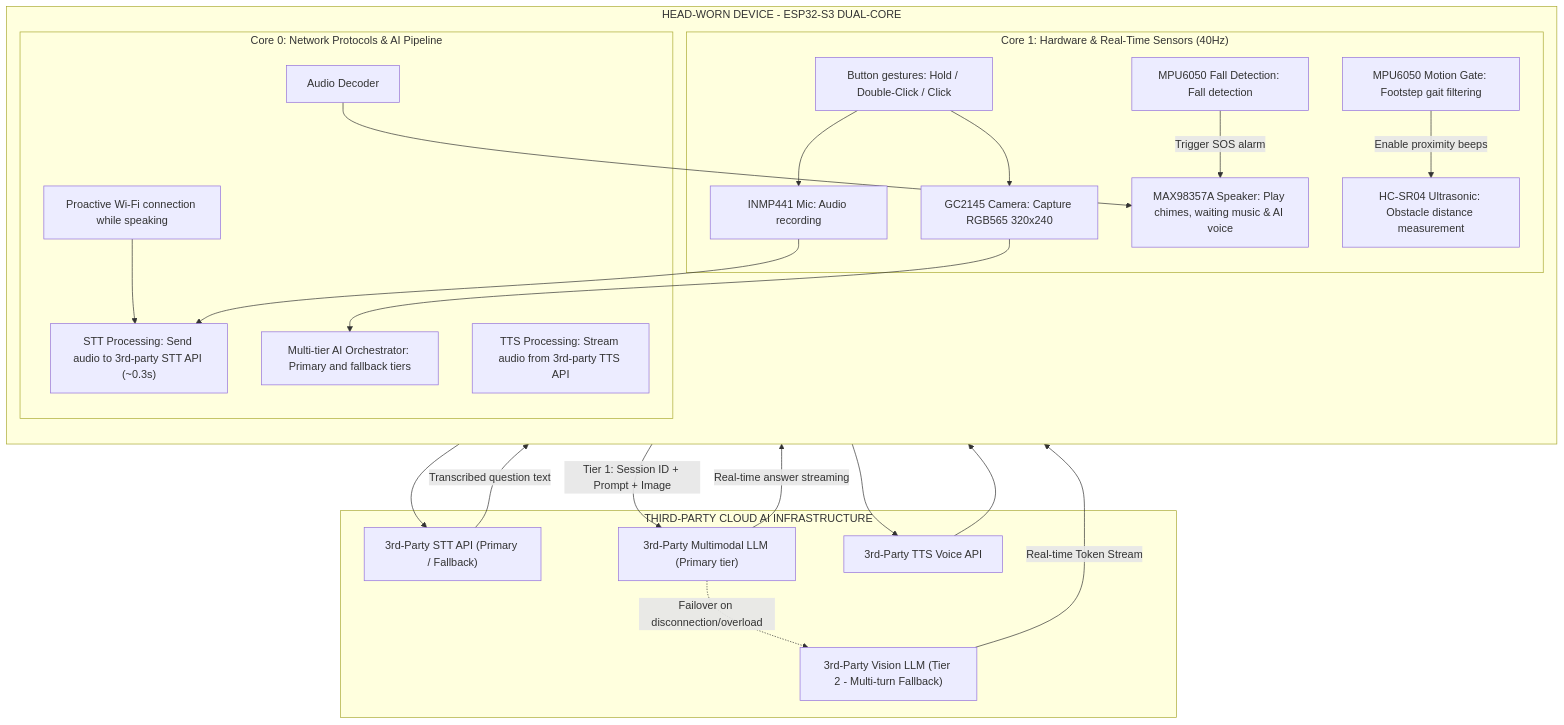
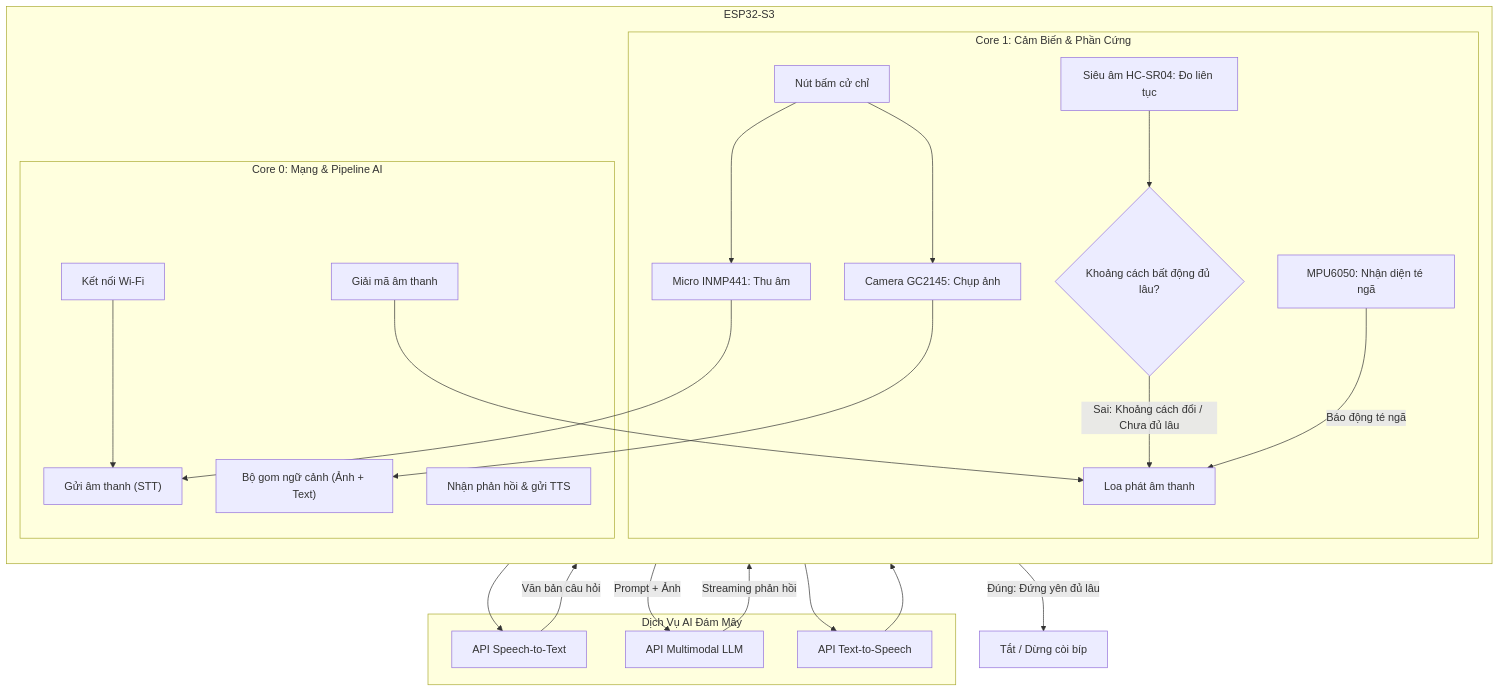
Before and after one commit to TomDevX/aegis-sight: the diagram in README.md, drawn with Mermaid. The commit also changed other lines of this file, not shown here.

First line of the commit message:
Translate flowchart descriptions to Vietnamese

````diff
--- a/README.md
+++ b/README.md
@@ -70,49 +68,48 @@
 ```mermaid
 ---
 config:
   layout: dagre
 ---
 flowchart TB
- subgraph C1["Core 1: Hardware & Real-Time Sensors (40Hz)"]
-        A1["Button gestures: Hold / Double-Click / Click"]
-        A2["INMP441 Mic: Audio recording"]
-        A3["GC2145 Camera: Capture RGB565 320x240"]
-        A4["MPU6050 Motion Gate: Footstep gait filtering"]
-        A5["HC-SR04 Ultrasonic: Obstacle distance measurement"]
-        A6["MPU6050 Fall Detection: Fall detection"]
-        A7["MAX98357A Speaker: Play chimes, waiting music & AI voice"]
+ subgraph C1["Core 1: Cảm Biến & Phần Cứng"]
+        A1["Nút bấm cử chỉ"]
+        A2["Micro INMP441: Thu âm"]
+        A3["Camera GC2145: Chụp ảnh"]
+        A5["Siêu âm HC-SR04: Đo liên tục"]
+        A5_CHECK{"Khoảng cách bất động đủ lâu?"}
+        A6["MPU6050: Nhận diện té ngã"]
+        A7["Loa phát âm thanh"]
   end
- subgraph C0["Core 0: Network Protocols & AI Pipeline"]
-        B1["Proactive Wi-Fi connection while speaking"]
-        B2["STT Processing: Send audio to 3rd-party STT API (~0.3s)"]
-        B3["Multi-tier AI Orchestrator: Primary and fallback tiers"]
-        B4["TTS Processing: Stream audio from 3rd-party TTS API"]
-        B5["Audio Decoder"]
+ subgraph C0["Core 0: Mạng & Pipeline AI"]
+        B1["Kết nối Wi-Fi"]
+        B2["Gửi âm thanh (STT)"]
+        B3["Bộ gom ngữ cảnh (Ảnh + Text)"]
+        B4["Nhận phản hồi & gửi TTS"]
+        B5["Giải mã âm thanh"]
   end
- subgraph S_EDGE["HEAD-WORN DEVICE - ESP32-S3 DUAL-CORE"]
+ subgraph S_EDGE["ESP32-S3"]
     direction TB
         C1
         C0
   end
- subgraph S_CLOUD["THIRD-PARTY CLOUD AI INFRASTRUCTURE"]
-        C_STT["3rd-Party STT API (Primary / Fallback)"]
-        C_LLM1["3rd-Party Multimodal LLM (Primary tier)"]
-        C_LLM2["3rd-Party Vision LLM (Tier 2 - Multi-turn Fallback)"]
-        C_TTS["3rd-Party TTS Voice API"]
+ subgraph S_CLOUD["Dịch Vụ AI Đám Mây"]
+        C_STT["API Speech-to-Text"]
+        C_LLM["API Multimodal LLM"]
+        C_TTS["API Text-to-Speech"]
   end
     A1 --> A2 & A3
     A2 --> B2
     A3 --> B3
     B1 --> B2
     B2 --> C_STT
-    C_STT -- Transcribed question text --> B3
-    B3 -- Tier 1: Session ID + Prompt + Image --> C_LLM1
-    C_LLM1 -. Failover on disconnection/overload .-> C_LLM2
-    C_LLM1 -- Real-time answer streaming --> B4
-    C_LLM2 -- Real-time Token Stream --> B4
+    C_STT -- Văn bản câu hỏi --> B3
+    B3 -- Prompt + Ảnh --> C_LLM
+    C_LLM -- Streaming phản hồi --> B4
     B4 --> C_TTS
     C_TTS --> B5
     B5 --> A7
-    A4 -- Enable proximity beeps --> A5
-    A6 -- Trigger SOS alarm --> A7
+    A5 --> A5_CHECK
+    A5_CHECK -- Sai: Khoảng cách đổi / Chưa đủ lâu --> A7
+    A5_CHECK -- Đúng: Đứng yên đủ lâu --> S_MUTE["Tắt / Dừng còi bíp"]
+    A6 -- Báo động té ngã --> A7
 ```
````
